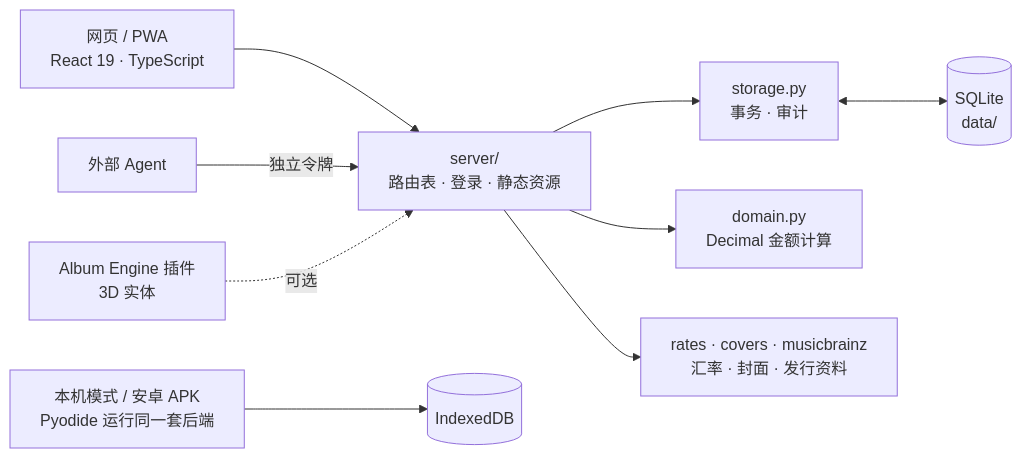
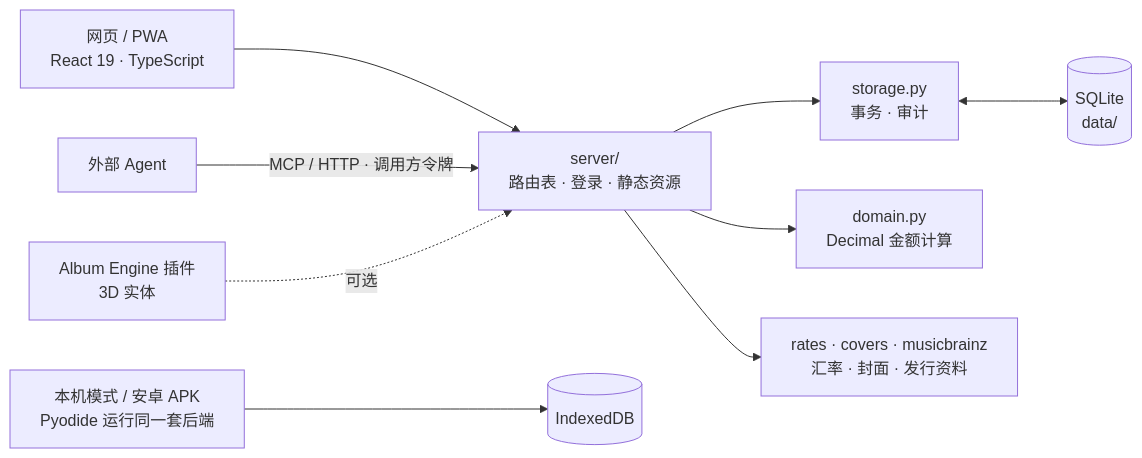
One commit to Kihara-Ri/obi changed the diagram in README.md. Above: the diagram before and after it, drawn with Mermaid. The commit also changed other lines of this file and 21 other files, not shown here.

````diff
--- a/README.md
+++ b/README.md
@@ -83,11 +83,11 @@
 ```mermaid
 flowchart LR
   UI["网页 / PWA<br>React 19 · TypeScript"] --> R["server/<br>路由表 · 登录 · 静态资源"]
   R --> S["storage.py<br>事务 · 审计"]
   R --> D["domain.py<br>Decimal 金额计算"]
   S <--> DB[("SQLite<br>data/")]
   R --> EXT["rates · covers · musicbrainz<br>汇率 · 封面 · 发行资料"]
   LOCAL["本机模式 / 安卓 APK<br>Pyodide 运行同一套后端"] --> IDB[("IndexedDB")]
-  AG["外部 Agent"] -->|独立令牌| R
+  AG["外部 Agent"] -->|MCP / HTTP · 调用方令牌| R
   PL["Album Engine 插件<br>3D 实体"] -.->|可选| R
 ```
````
